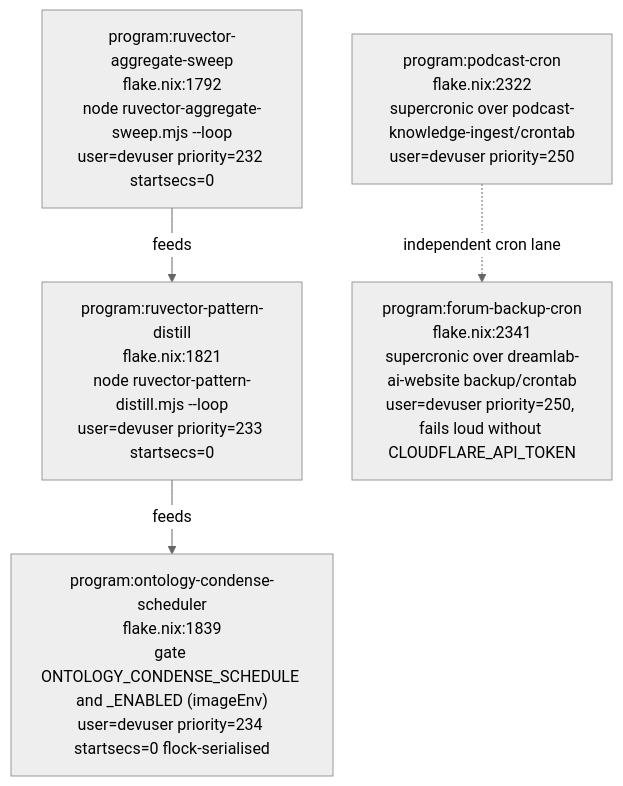
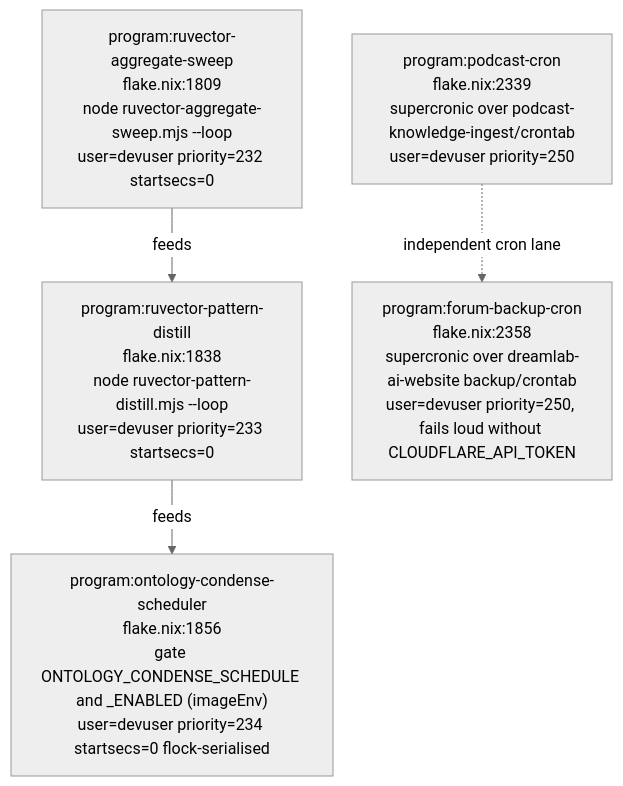
Before and after one commit to DreamLab-AI/AR-AI-Knowledge-Graph: the fifth of 18 diagrams in docs/diagrams/agentbox/02-boot-sequence-and-readiness.md, drawn with Mermaid (neutral theme). The commit also changed other lines of this file and 73 other files, not shown here.

First line of the commit message:
docs(diagrams): re-verify all 71 topic files against HEAD; add --cite-check

````diff
--- a/docs/diagrams/agentbox/02-boot-sequence-and-readiness.md
+++ b/docs/diagrams/agentbox/02-boot-sequence-and-readiness.md
@@ -208,12 +208,12 @@
 ```mermaid
 flowchart TB
-    RAS["program:ruvector-aggregate-sweep<br/>flake.nix:1792<br/>node ruvector-aggregate-sweep.mjs --loop<br/>user=devuser priority=232 startsecs=0"]
-    RPD["program:ruvector-pattern-distill<br/>flake.nix:1821<br/>node ruvector-pattern-distill.mjs --loop<br/>user=devuser priority=233 startsecs=0"]
-    OCS["program:ontology-condense-scheduler<br/>flake.nix:1839<br/>gate ONTOLOGY_CONDENSE_SCHEDULE and _ENABLED (imageEnv)<br/>user=devuser priority=234 startsecs=0 flock-serialised"]
-    PCRON["program:podcast-cron<br/>flake.nix:2322<br/>supercronic over podcast-knowledge-ingest/crontab<br/>user=devuser priority=250"]
-    FCRON["program:forum-backup-cron<br/>flake.nix:2341<br/>supercronic over dreamlab-ai-website backup/crontab<br/>user=devuser priority=250, fails loud without CLOUDFLARE_API_TOKEN"]
+    RAS["program:ruvector-aggregate-sweep<br/>flake.nix:1809<br/>node ruvector-aggregate-sweep.mjs --loop<br/>user=devuser priority=232 startsecs=0"]
+    RPD["program:ruvector-pattern-distill<br/>flake.nix:1838<br/>node ruvector-pattern-distill.mjs --loop<br/>user=devuser priority=233 startsecs=0"]
+    OCS["program:ontology-condense-scheduler<br/>flake.nix:1856<br/>gate ONTOLOGY_CONDENSE_SCHEDULE and _ENABLED (imageEnv)<br/>user=devuser priority=234 startsecs=0 flock-serialised"]
+    PCRON["program:podcast-cron<br/>flake.nix:2339<br/>supercronic over podcast-knowledge-ingest/crontab<br/>user=devuser priority=250"]
+    FCRON["program:forum-backup-cron<br/>flake.nix:2358<br/>supercronic over dreamlab-ai-website backup/crontab<br/>user=devuser priority=250, fails loud without CLOUDFLARE_API_TOKEN"]
 
     RAS -->|"feeds"| RPD
     RPD -->|"feeds"| OCS
     PCRON -.->|"independent cron lane"| FCRON
 ```
````
